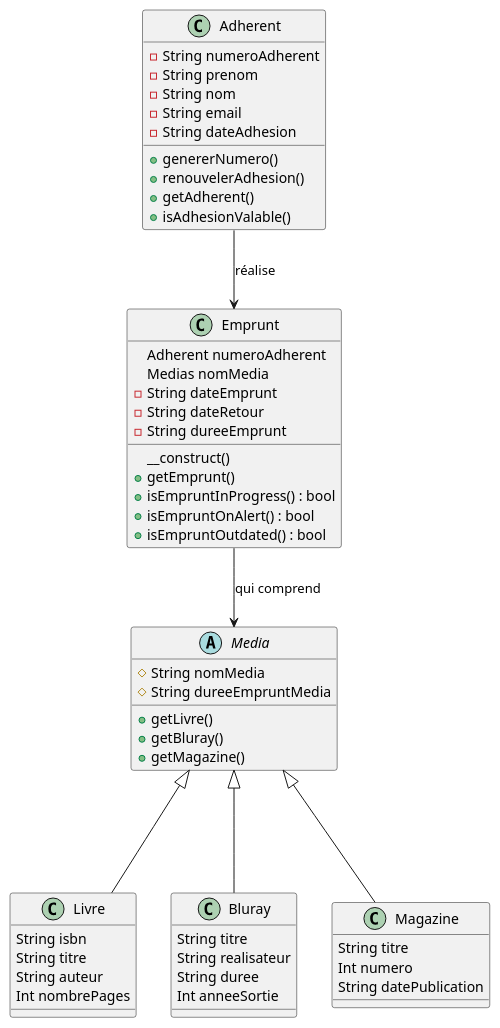
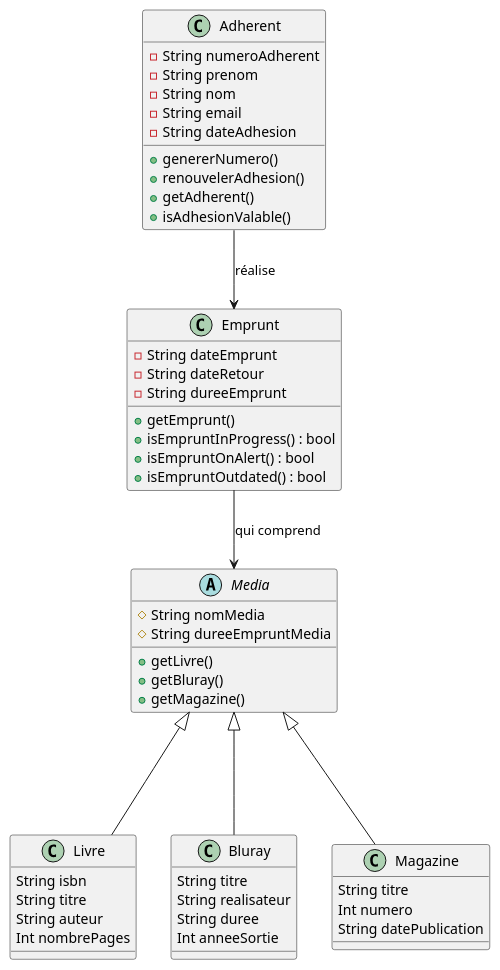
Before and after one commit to tysmaaa/php-biblio: the diagram in documentation/diagramme de classe.puml, drawn with PlantUML. The commit also changed 8 other files, not shown here.

```diff
--- a/documentation/diagramme de classe.puml
+++ b/documentation/diagramme de classe.puml
@@ -1,68 +1,65 @@
 @startuml
 'https://plantuml.com/class-diagram
 
 class Adherent {
 -String numeroAdherent
 -String prenom
 -String nom
 -String email
 -String dateAdhesion
 
 +genererNumero()
 +renouvelerAdhesion()
 +getAdherent()
 +isAdhesionValable()
 }
 
-abstract Media {
+abstract class Media {
 #String nomMedia
 #String dureeEmpruntMedia
 
 +getLivre()
 +getBluray()
 +getMagazine()
 }
 
 class Livre {
 String isbn
 String titre
 String auteur
 Int nombrePages
 }
 
 class Bluray {
 String titre
 String realisateur
 String duree
 Int anneeSortie
 }
 
 class Magazine {
 String titre
 Int numero
 String datePublication
 }
 
 class Emprunt {
-Adherent numeroAdherent
-Medias nomMedia
 -String dateEmprunt
 -String dateRetour
 -String dureeEmprunt
 
-__construct()
 +getEmprunt()
 +isEmpruntInProgress() : bool
 +isEmpruntOnAlert() : bool
 +isEmpruntOutdated() : bool
 
 }
 
 Media <|--- Livre
 Media <|--- Bluray
 Media <|--- Magazine
 
 Adherent --> Emprunt : réalise
 Emprunt --> Media : qui comprend
 
 @enduml
```
